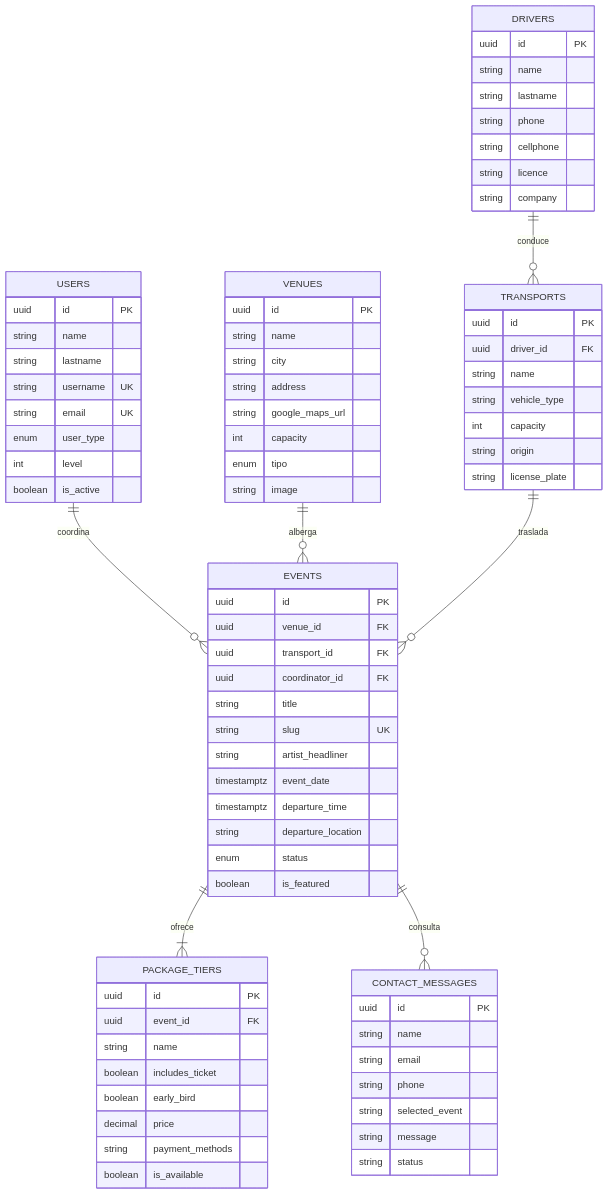
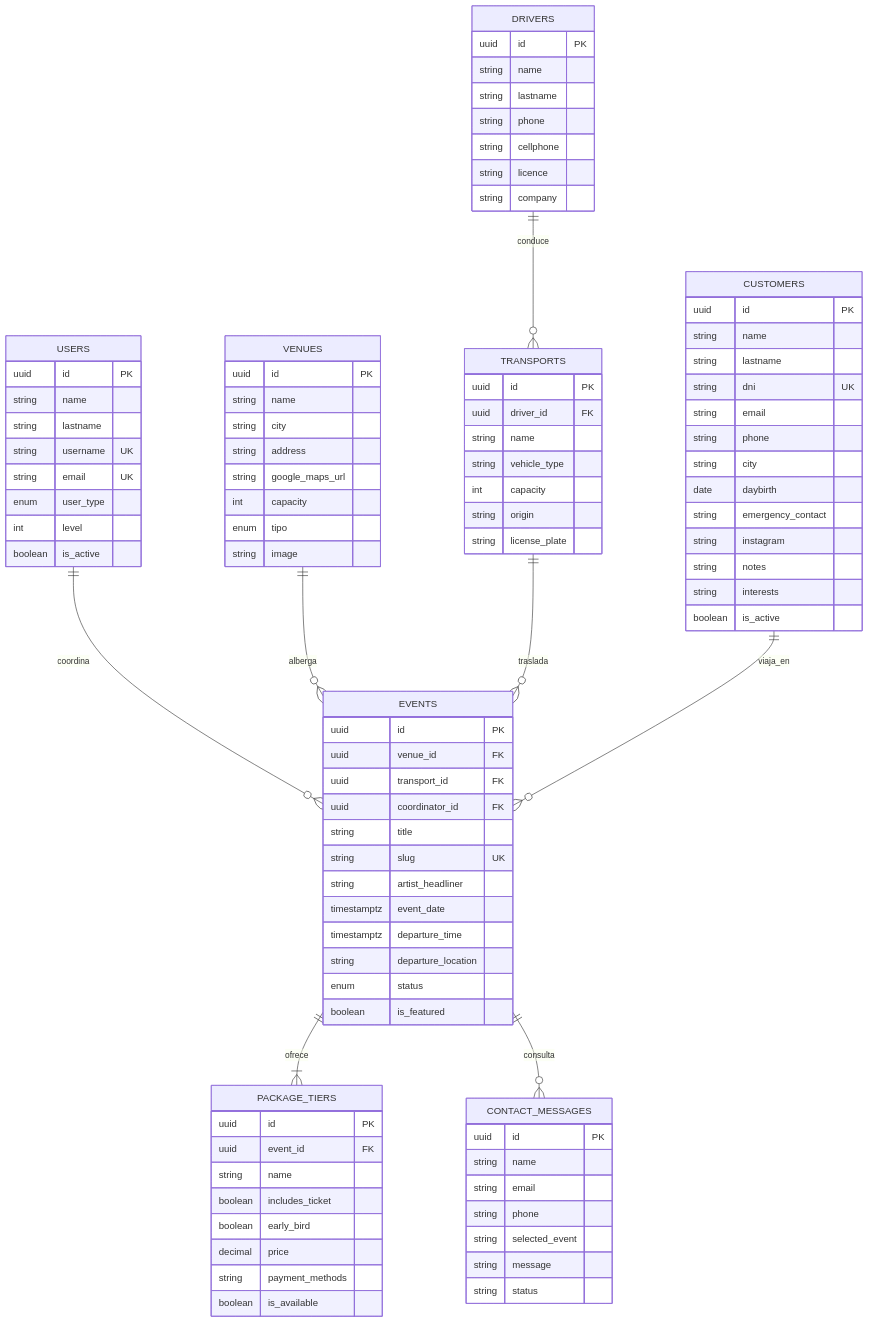
Before and after one commit to giuli9r/event-system: the third of 3 diagrams in ARCHITECTURE.md, drawn with Mermaid. The commit also changed other lines of this file and 1 other file, not shown here.

```diff
--- a/ARCHITECTURE.md
+++ b/ARCHITECTURE.md
@@ -286,6 +277,7 @@
     TRANSPORTS ||--o{ EVENTS : traslada
     EVENTS ||--|{ PACKAGE_TIERS : ofrece
     EVENTS ||--o{ CONTACT_MESSAGES : consulta
+    CUSTOMERS ||--o{ EVENTS : viaja_en
 
     USERS {
         uuid id PK
@@ -355,6 +347,22 @@
         boolean is_available
     }
 
+    CUSTOMERS {
+        uuid id PK
+        string name
+        string lastname
+        string dni UK
+        string email
+        string phone
+        string city
+        date daybirth
+        string emergency_contact
+        string instagram
+        string notes
+        string interests
+        boolean is_active
+    }
+
     CONTACT_MESSAGES {
         uuid id PK
         string name
```
